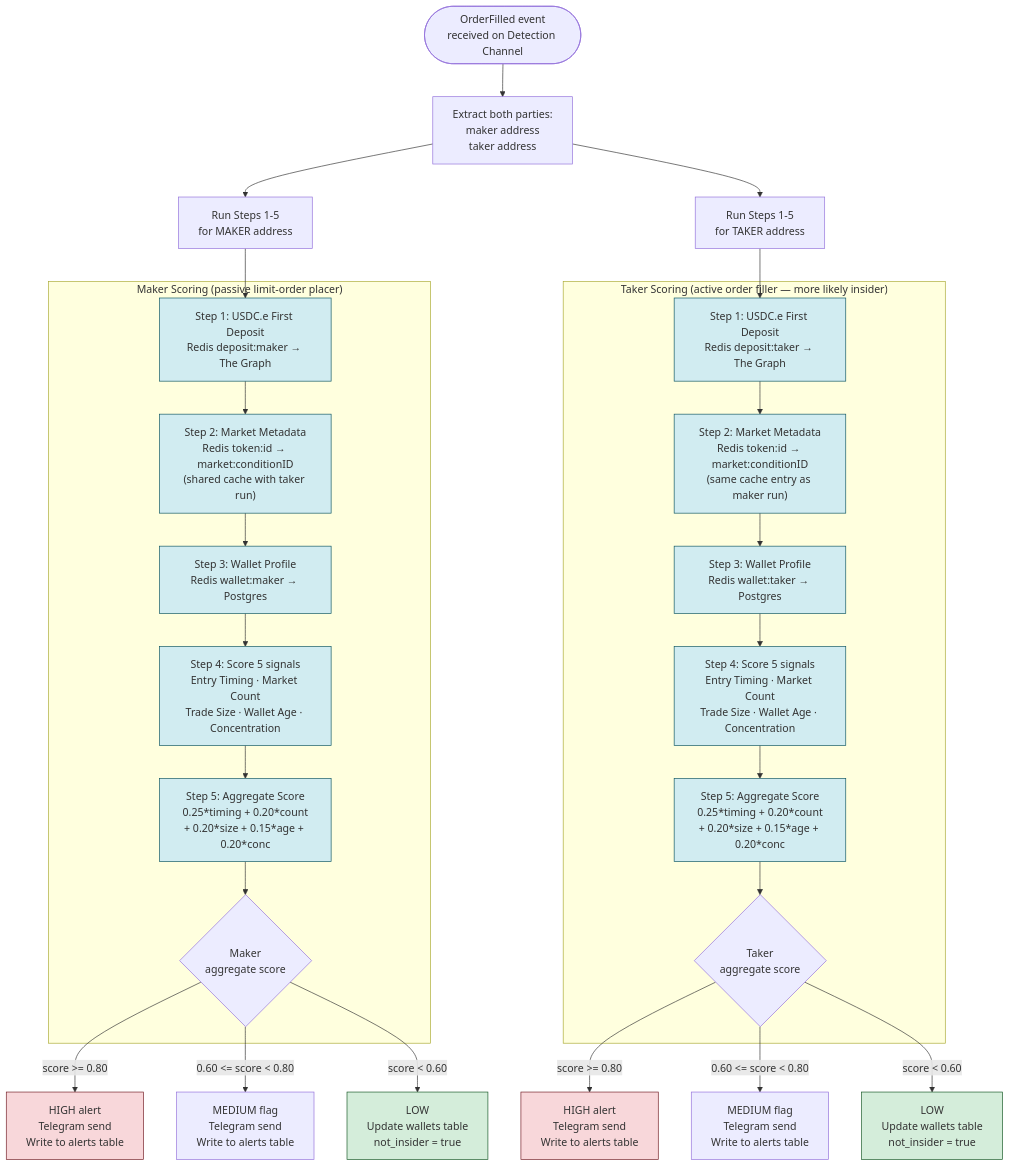
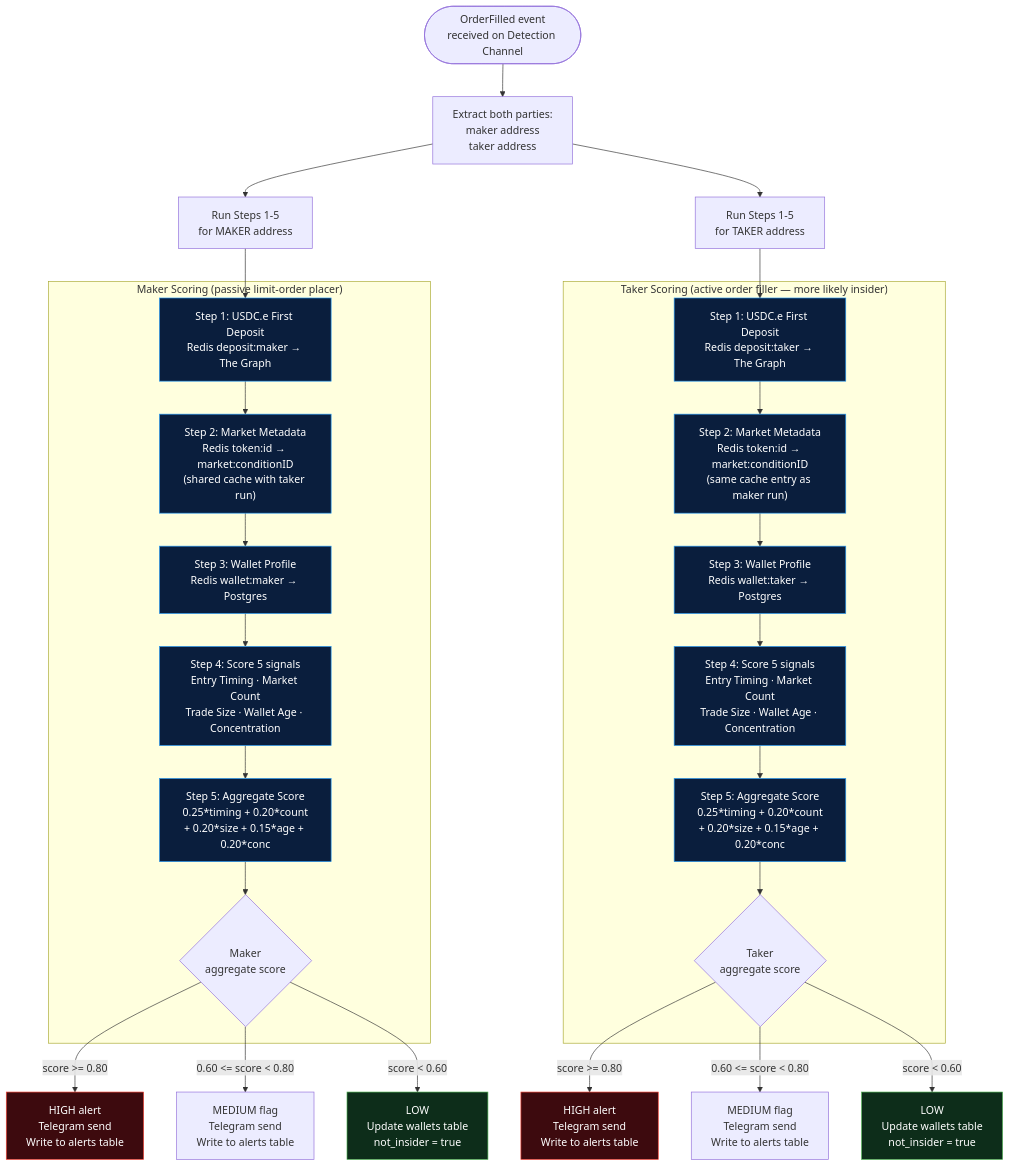
One commit to rahul7668gupta/polymarket-insider-trading-indexing-and-detection changed the third of 8 diagrams in polymarket_insider_trading_detection_diagram.md. Above: the diagram before and after it, drawn with Mermaid. The commit also changed other lines of this file, not shown here.

Commit message:
diagram color scheme update

````diff
--- a/polymarket_insider_trading_detection_diagram.md
+++ b/polymarket_insider_trading_detection_diagram.md
@@ -167,45 +167,45 @@
 ```mermaid
 flowchart TD
     START(["OrderFilled event<br/>received on Detection Channel"]) --> SPLIT["Extract both parties:<br/>maker address<br/>taker address"]
 
     SPLIT --> MAKER["Run Steps 1-5<br/>for MAKER address"]
     SPLIT --> TAKER["Run Steps 1-5<br/>for TAKER address"]
 
     subgraph MAKER_FLOW["Maker Scoring  (passive limit-order placer)"]
         M1["Step 1: USDC.e First Deposit<br/>Redis deposit:maker → The Graph"]
         M2["Step 2: Market Metadata<br/>Redis token:id → market:conditionID<br/>(shared cache with taker run)"]
         M3["Step 3: Wallet Profile<br/>Redis wallet:maker → Postgres"]
         M4["Step 4: Score 5 signals<br/>Entry Timing · Market Count<br/>Trade Size · Wallet Age · Concentration"]
         M5["Step 5: Aggregate Score<br/>0.25*timing + 0.20*count<br/>+ 0.20*size + 0.15*age + 0.20*conc"]
         MROUTE{"Maker<br/>aggregate score"}
     end
 
     subgraph TAKER_FLOW["Taker Scoring  (active order filler — more likely insider)"]
         T1["Step 1: USDC.e First Deposit<br/>Redis deposit:taker → The Graph"]
         T2["Step 2: Market Metadata<br/>Redis token:id → market:conditionID<br/>(same cache entry as maker run)"]
         T3["Step 3: Wallet Profile<br/>Redis wallet:taker → Postgres"]
         T4["Step 4: Score 5 signals<br/>Entry Timing · Market Count<br/>Trade Size · Wallet Age · Concentration"]
         T5["Step 5: Aggregate Score<br/>0.25*timing + 0.20*count<br/>+ 0.20*size + 0.15*age + 0.20*conc"]
         TROUTE{"Taker<br/>aggregate score"}
     end
 
     MAKER --> M1 --> M2 --> M3 --> M4 --> M5 --> MROUTE
     TAKER --> T1 --> T2 --> T3 --> T4 --> T5 --> TROUTE
 
     MROUTE -->|"score >= 0.80"| MHIGH["HIGH alert<br/>Telegram send<br/>Write to alerts table"]
     MROUTE -->|"0.60 <= score < 0.80"| MMED["MEDIUM flag<br/>Telegram send<br/>Write to alerts table"]
     MROUTE -->|"score < 0.60"| MLOW["LOW<br/>Update wallets table<br/>not_insider = true"]
 
     TROUTE -->|"score >= 0.80"| THIGH["HIGH alert<br/>Telegram send<br/>Write to alerts table"]
     TROUTE -->|"0.60 <= score < 0.80"| TMED["MEDIUM flag<br/>Telegram send<br/>Write to alerts table"]
     TROUTE -->|"score < 0.60"| TLOW["LOW<br/>Update wallets table<br/>not_insider = true"]
 
-    classDef step fill:#d1ecf1,stroke:#0c5460
-    classDef route fill:#e2d9f3,stroke:#5a189a
-    classDef high fill:#f8d7da,stroke:#721c24
-    classDef low fill:#d4edda,stroke:#155724
+    classDef step fill:#0a1e3d,stroke:#2196f3,color:#fff
+    classDef route fill:#1e0a3d,stroke:#9c27b0,color:#fff
+    classDef high fill:#3d0a0e,stroke:#f44336,color:#fff
+    classDef low fill:#0d2d1a,stroke:#4caf50,color:#fff
 
     class M1,M2,M3,M4,M5,T1,T2,T3,T4,T5 step
     class MHIGH,THIGH high
     class MLOW,TLOW low
 ```
````
